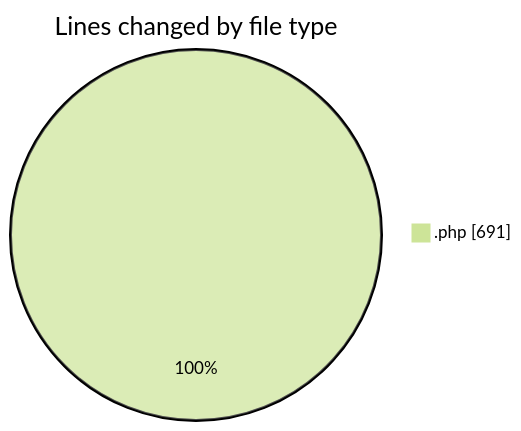
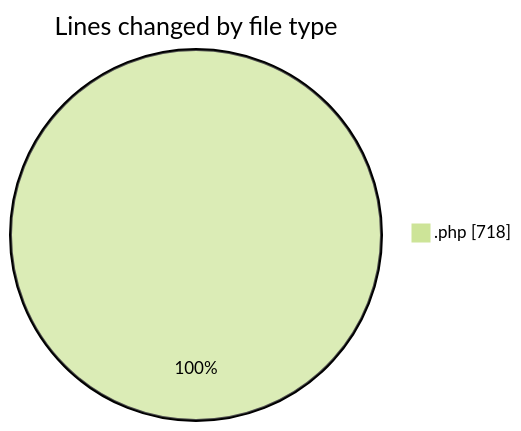
Before and after one commit to LanceThiago/code-tracking: the first of 2 diagrams in 2026-09-09/web/README.md, drawn with Mermaid (forest theme). The commit also changed other lines of this file and 1 other file, not shown here.

````diff
--- a/2026-09-09/web/README.md
+++ b/2026-09-09/web/README.md
@@ -24,5 +24,5 @@
 ```mermaid
 pie showData
 title Lines changed by file type
-".php" : 691
+".php" : 718
 ```
````
